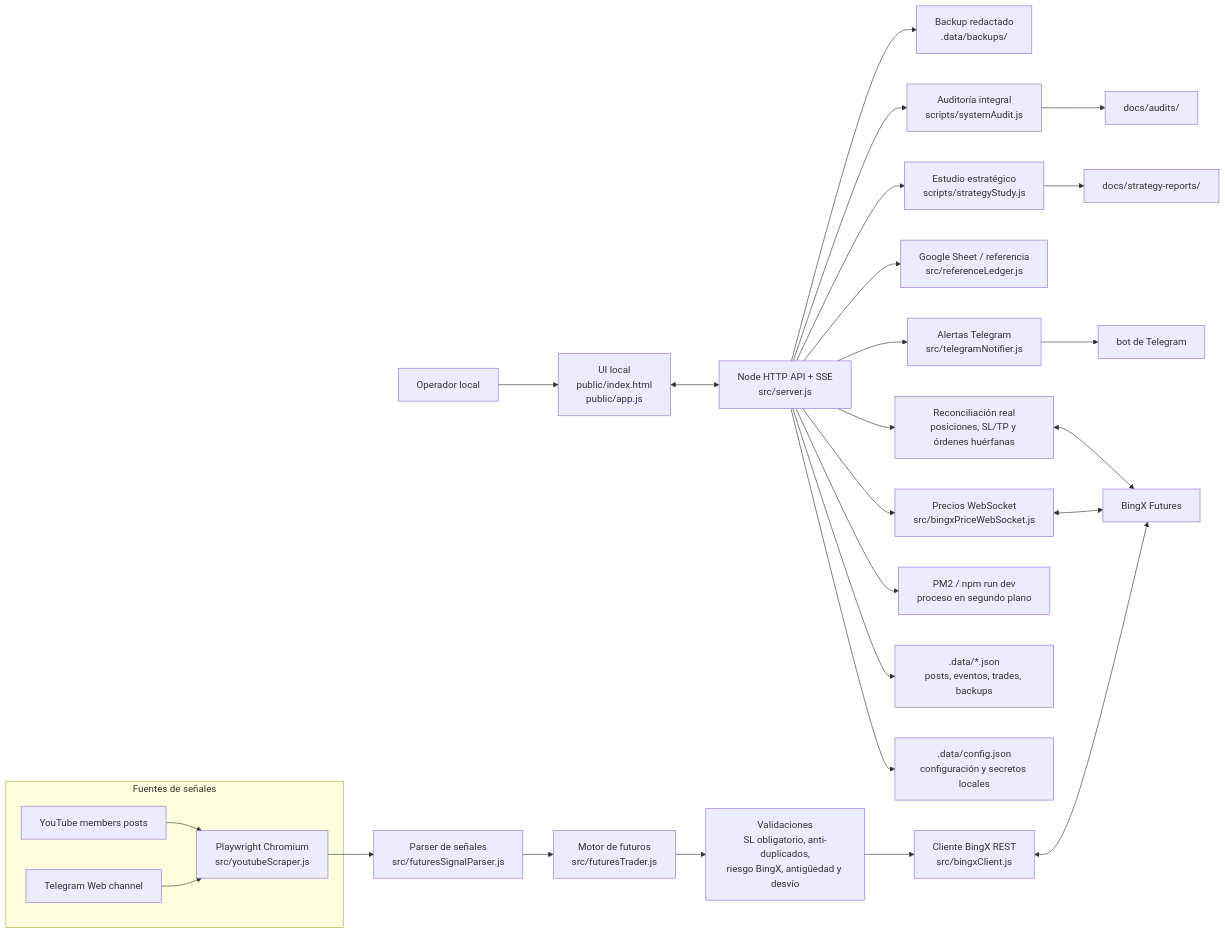
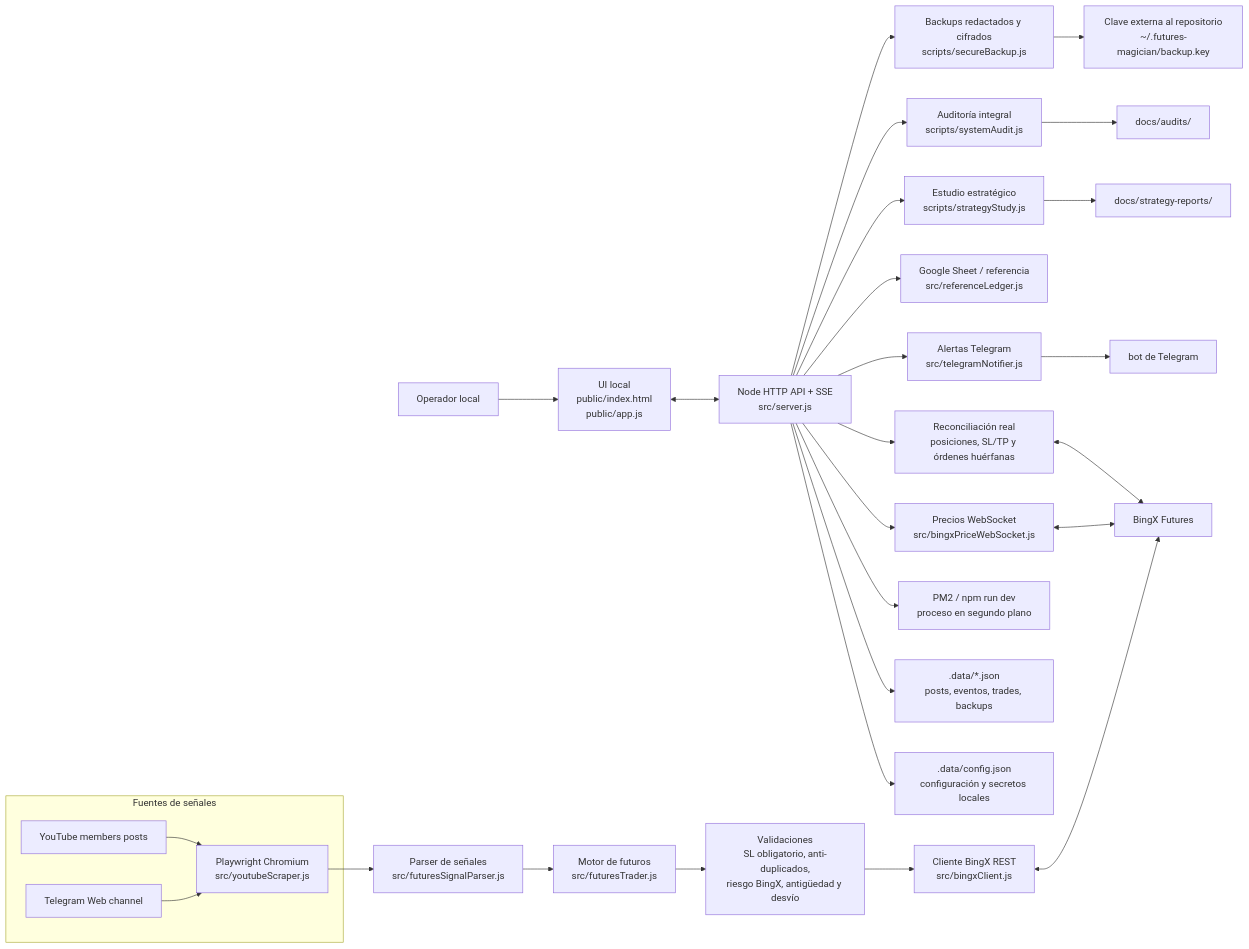
One commit to JotaTerrasa/yt-members-signal-trader changed the diagram in README.md. Above: the diagram before and after it, drawn with Mermaid. The commit also changed other lines of this file and 24 other files, not shown here.

````diff
--- a/README.md
+++ b/README.md
@@ -47,34 +48,35 @@
 ```mermaid
 flowchart LR
   operator["Operador local"] --> ui["UI local<br/>public/index.html<br/>public/app.js"]
   ui <--> api["Node HTTP API + SSE<br/>src/server.js"]
   api --> config[".data/config.json<br/>configuración y secretos locales"]
   api --> stores[".data/*.json<br/>posts, eventos, trades, backups"]
   api --> pm2["PM2 / npm run dev<br/>proceso en segundo plano"]
 
   subgraph sources["Fuentes de señales"]
     youtube["YouTube members posts"] --> scraper["Playwright Chromium<br/>src/youtubeScraper.js"]
     telegramWeb["Telegram Web channel"] --> scraper
   end
 
   scraper --> parser["Parser de señales<br/>src/futuresSignalParser.js"]
   parser --> trader["Motor de futuros<br/>src/futuresTrader.js"]
   trader --> risk["Validaciones<br/>SL obligatorio, anti-duplicados,<br/>riesgo BingX, antigüedad y desvío"]
   risk --> bingxClient["Cliente BingX REST<br/>src/bingxClient.js"]
   bingxClient <--> bingx["BingX Futures"]
 
   api --> priceWs["Precios WebSocket<br/>src/bingxPriceWebSocket.js"]
   priceWs <--> bingx
   api --> reconcile["Reconciliación real<br/>posiciones, SL/TP y órdenes huérfanas"]
   reconcile <--> bingx
 
   api --> notifier["Alertas Telegram<br/>src/telegramNotifier.js"]
   notifier --> telegramBot["bot de Telegram"]
 
   api --> sheet["Google Sheet / referencia<br/>src/referenceLedger.js"]
   api --> study["Estudio estratégico<br/>scripts/strategyStudy.js"]
   study --> reports["docs/strategy-reports/"]
   api --> audit["Auditoría integral<br/>scripts/systemAudit.js"]
   audit --> auditReports["docs/audits/"]
-  api --> backup["Backup redactado<br/>.data/backups/"]
+  api --> backup["Backups redactados y cifrados<br/>scripts/secureBackup.js"]
+  backup --> key["Clave externa al repositorio<br/>~/.futures-magician/backup.key"]
 ```
````
